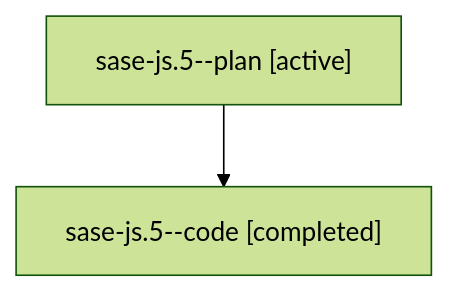
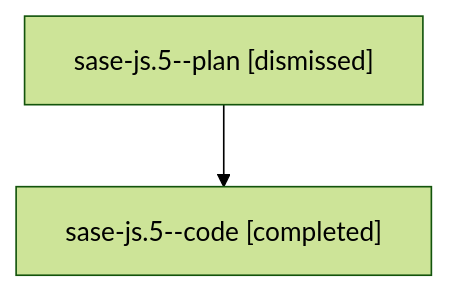
The diagram in sessions/bbugyi200.athena.sase-js.5.md (sase-org/sase--agents), drawn with Mermaid (forest theme) before and after one commit. The commit also changed other lines of this file and 112 other files, not shown here.

````diff
--- a/sessions/bbugyi200.athena.sase-js.5.md
+++ b/sessions/bbugyi200.athena.sase-js.5.md
@@ -9,6 +9,6 @@
 ```mermaid
 flowchart TD
-  n0["sase-js.5--plan [active]"]
+  n0["sase-js.5--plan [dismissed]"]
   n1["sase-js.5--code [completed]"]
   n0 --> n1
 ```
````
